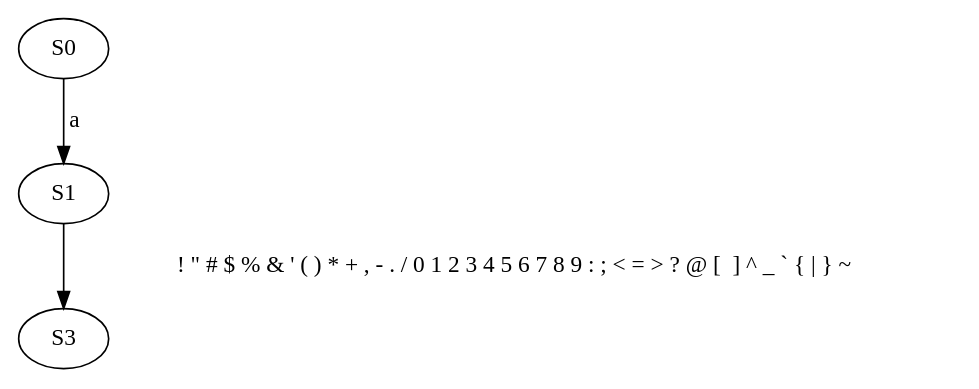
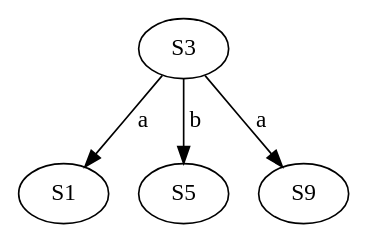
Before and after one commit to MaximeBonnet27/EGrep: the diagram in test.dot, drawn with Graphviz. The commit also changed 6 other files, not shown here.

```diff
--- a/test.dot
+++ b/test.dot
@@ -1,5 +1,5 @@
 digraph automate{
-size="8,10";
-S0 -> S1[color=black, style=solid, label="a "];
-S1 -> S3[color=black, style=solid, label="  ! \" # $ % & ' ( ) * + , - . / 0 1 2 3 4 5 6 7 8 9 : ; < = > ? @ [ \ ] ^ _ ` { | } ~ "];
+size="8,10";S3 -> S1[color=black, style=solid, label="a "];
+S3 -> S5[color=black, style=solid, label="b "];
+S3 -> S9[color=black, style=solid, label="a "];
 }
```
